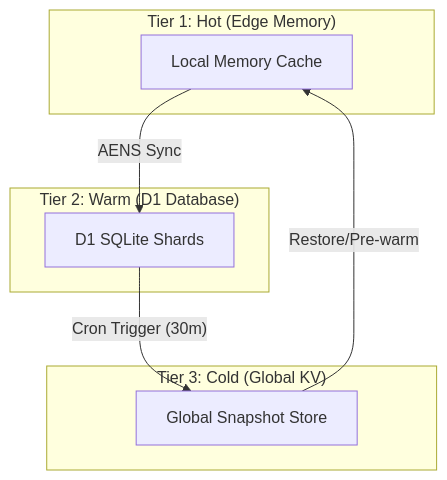
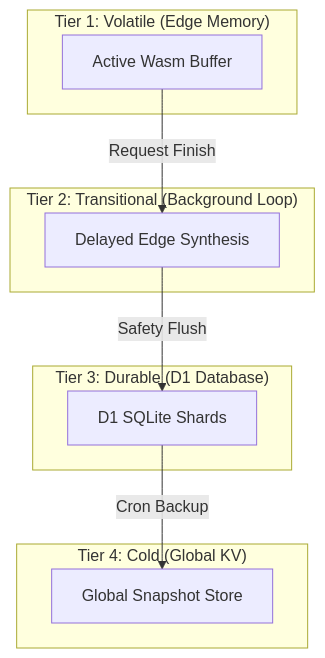
The fifth of 5 diagrams in docs/VISUAL_ARCH_GALLERY.md (codeforgebyaravinth-dev/telestack-realtime-db-FYP), drawn with Mermaid before and after one commit. The commit also changed other lines of this file and 73 other files, not shown here.

````diff
--- a/docs/VISUAL_ARCH_GALLERY.md
+++ b/docs/VISUAL_ARCH_GALLERY.md
@@ -111,18 +114,22 @@
 ```mermaid
 graph TD
-    subgraph "Tier 1: Hot (Edge Memory)"
-        L1["Local Memory Cache"]
+    subgraph "Tier 1: Volatile (Edge Memory)"
+        L1["Active Wasm Buffer"]
     end
     
-    subgraph "Tier 2: Warm (D1 Database)"
+    subgraph "Tier 2: Transitional (Background Loop)"
+        Delayed["Delayed Edge Synthesis"]
+    end
+    
+    subgraph "Tier 3: Durable (D1 Database)"
         D1["D1 SQLite Shards"]
     end
     
-    subgraph "Tier 3: Cold (Global KV)"
+    subgraph "Tier 4: Cold (Global KV)"
         KV["Global Snapshot Store"]
     end
 
-    L1 -- "AENS Sync" --> D1
-    D1 -- "Cron Trigger (30m)" --> KV
-    KV -- "Restore/Pre-warm" --> L1
+    L1 -- "Request Finish" --> Delayed
+    Delayed -- "Safety Flush" --> D1
+    D1 -- "Cron Backup" --> KV
 ```
````
